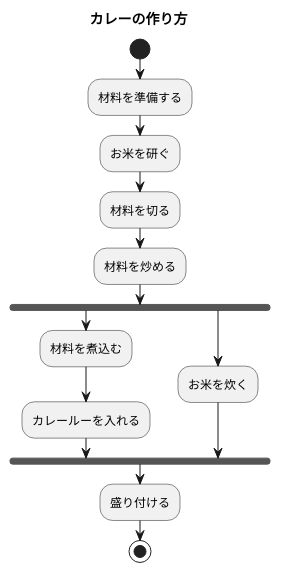
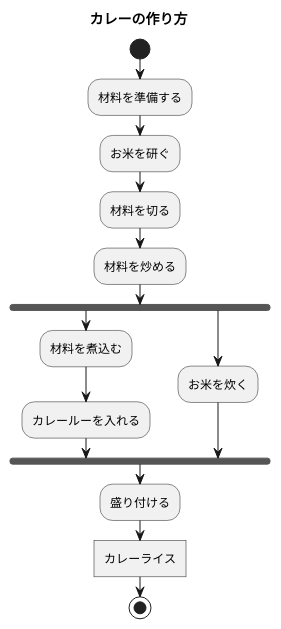
One commit to hatakeyama12/uml-intro changed the diagram in 7章練習_ACカレーライス.pu. Above: the diagram before and after it, drawn with PlantUML.

Commit message:
オブジェクトを追加

```diff
--- a/7章練習_ACカレーライス.pu
+++ b/7章練習_ACカレーライス.pu
@@ -1,17 +1,18 @@
 @startuml 7章練習
 title カレーの作り方
 start
 :材料を準備する;
 :お米を研ぐ;
 :材料を切る;
 :材料を炒める;
 fork
 :材料を煮込む;
 :カレールーを入れる;
 fork again
 :お米を炊く;
 end fork
 :盛り付ける;
+:カレーライス]
 stop
 
 @enduml
```
